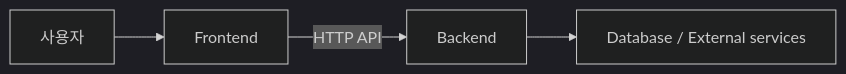
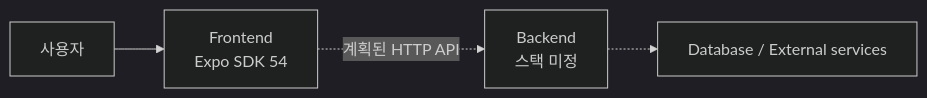
One commit to kimjiwoo2/Codex-Hackathon changed the diagram in docs/architecture.md. Above: the diagram before and after it, drawn with Mermaid (dark theme). The commit also changed other lines of this file and 38 other files, not shown here.

````diff
--- a/docs/architecture.md
+++ b/docs/architecture.md
@@ -7,6 +8,6 @@
 ```mermaid
 flowchart LR
-  U["사용자"] --> F["Frontend"]
-  F -->|"HTTP API"| B["Backend"]
-  B --> E["Database / External services"]
+  U["사용자"] --> F["Frontend<br>Expo SDK 54"]
+  F -. "계획된 HTTP API" .-> B["Backend<br>스택 미정"]
+  B -.-> E["Database / External services"]
 ```
````
